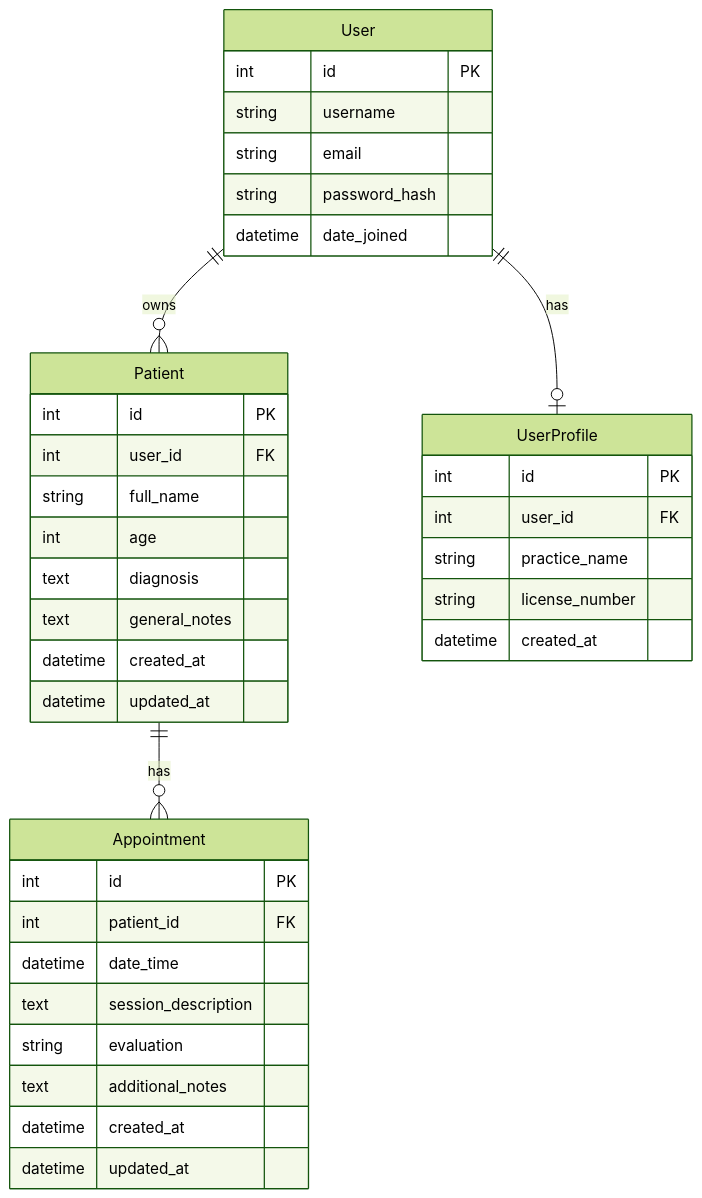
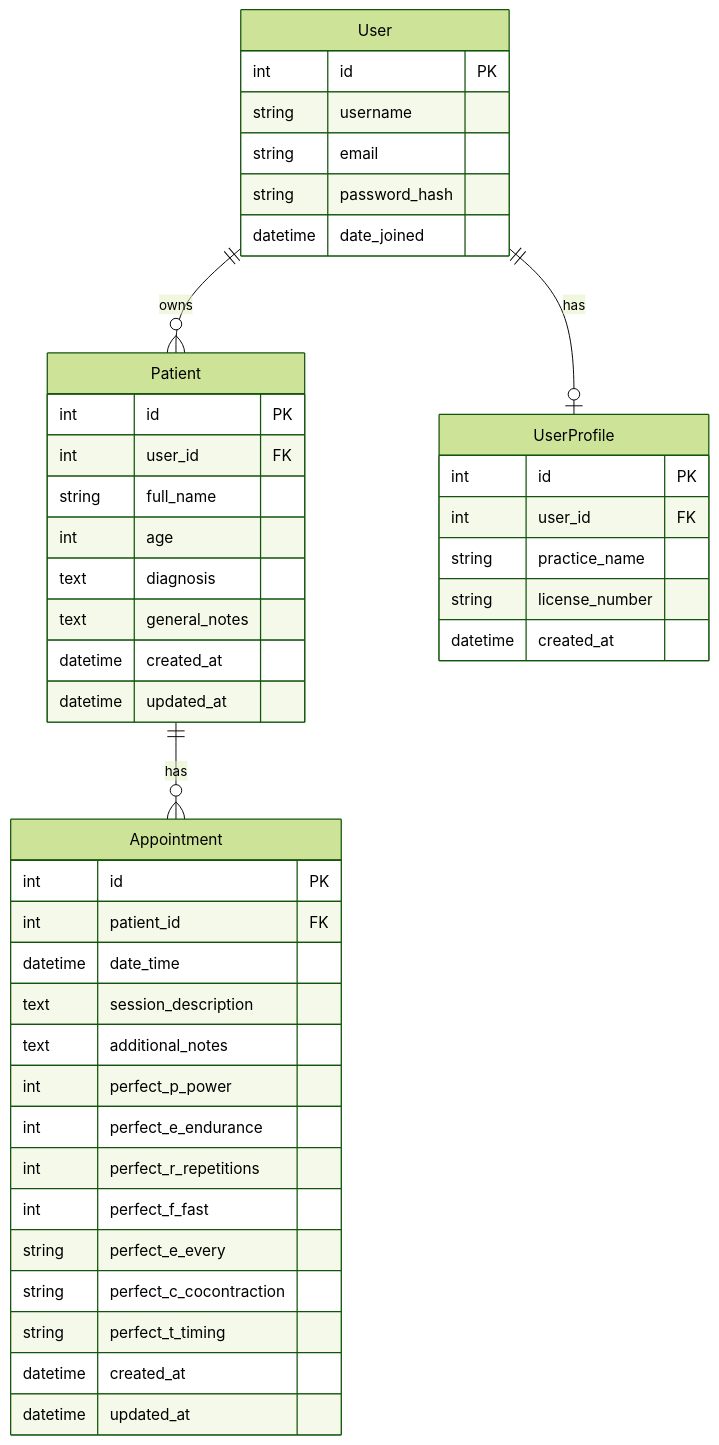
One commit to AnabalonJT/makimotion changed the second of 2 diagrams in .kiro/specs/patient-management-system/design.md. Above: the diagram before and after it, drawn with Mermaid (forest theme). The commit also changed other lines of this file and 19 other files, not shown here.

````diff
--- a/.kiro/specs/patient-management-system/design.md
+++ b/.kiro/specs/patient-management-system/design.md
@@ -141,44 +274,50 @@
 ```mermaid
 erDiagram
     User ||--o{ Patient : owns
     User ||--o| UserProfile : has
     Patient ||--o{ Appointment : has
     
     User {
         int id PK
         string username
         string email
         string password_hash
         datetime date_joined
     }
     
     UserProfile {
         int id PK
         int user_id FK
         string practice_name
         string license_number
         datetime created_at
     }
     
     Patient {
         int id PK
         int user_id FK
         string full_name
         int age
         text diagnosis
         text general_notes
         datetime created_at
         datetime updated_at
     }
     
     Appointment {
         int id PK
         int patient_id FK
         datetime date_time
         text session_description
-        string evaluation
         text additional_notes
+        int perfect_p_power
+        int perfect_e_endurance
+        int perfect_r_repetitions
+        int perfect_f_fast
+        string perfect_e_every
+        string perfect_c_cocontraction
+        string perfect_t_timing
         datetime created_at
         datetime updated_at
     }
 ```
````
